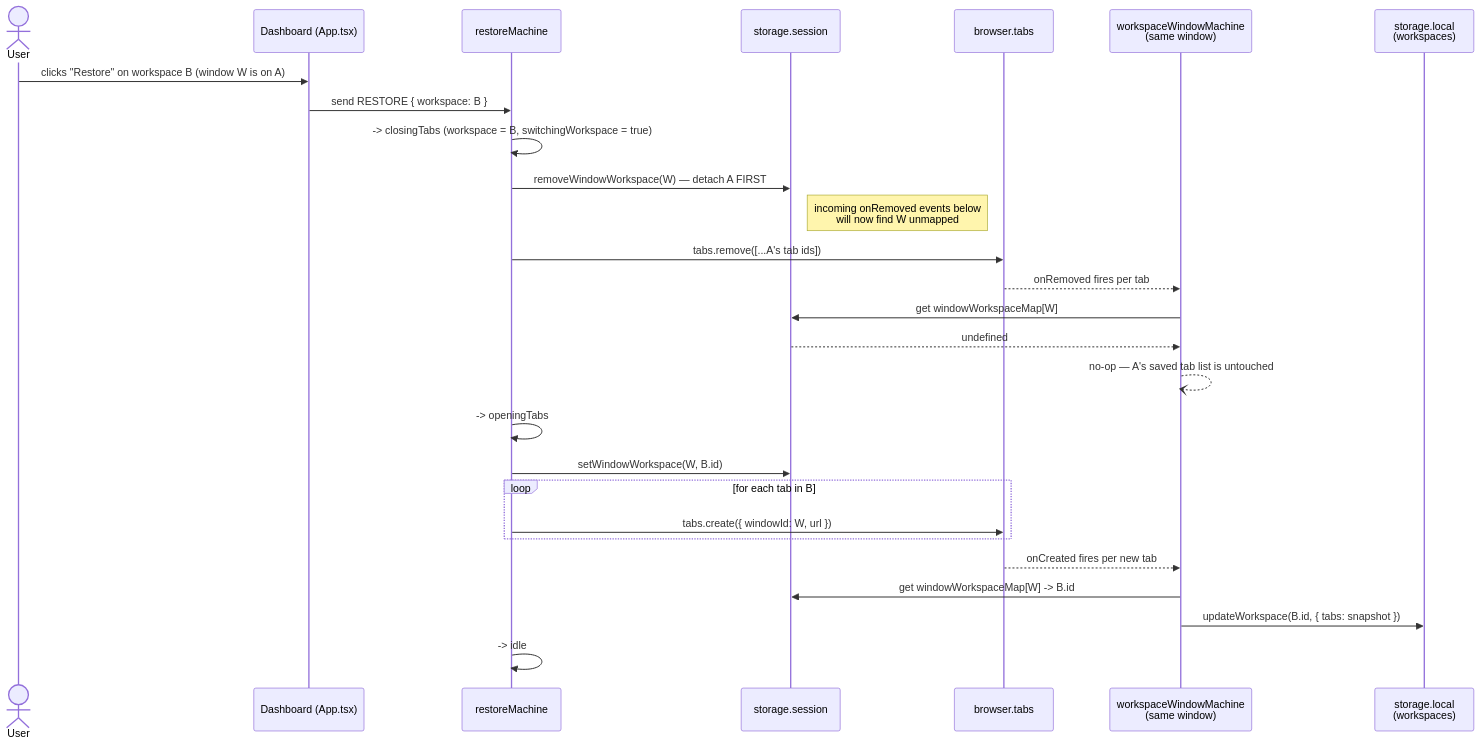
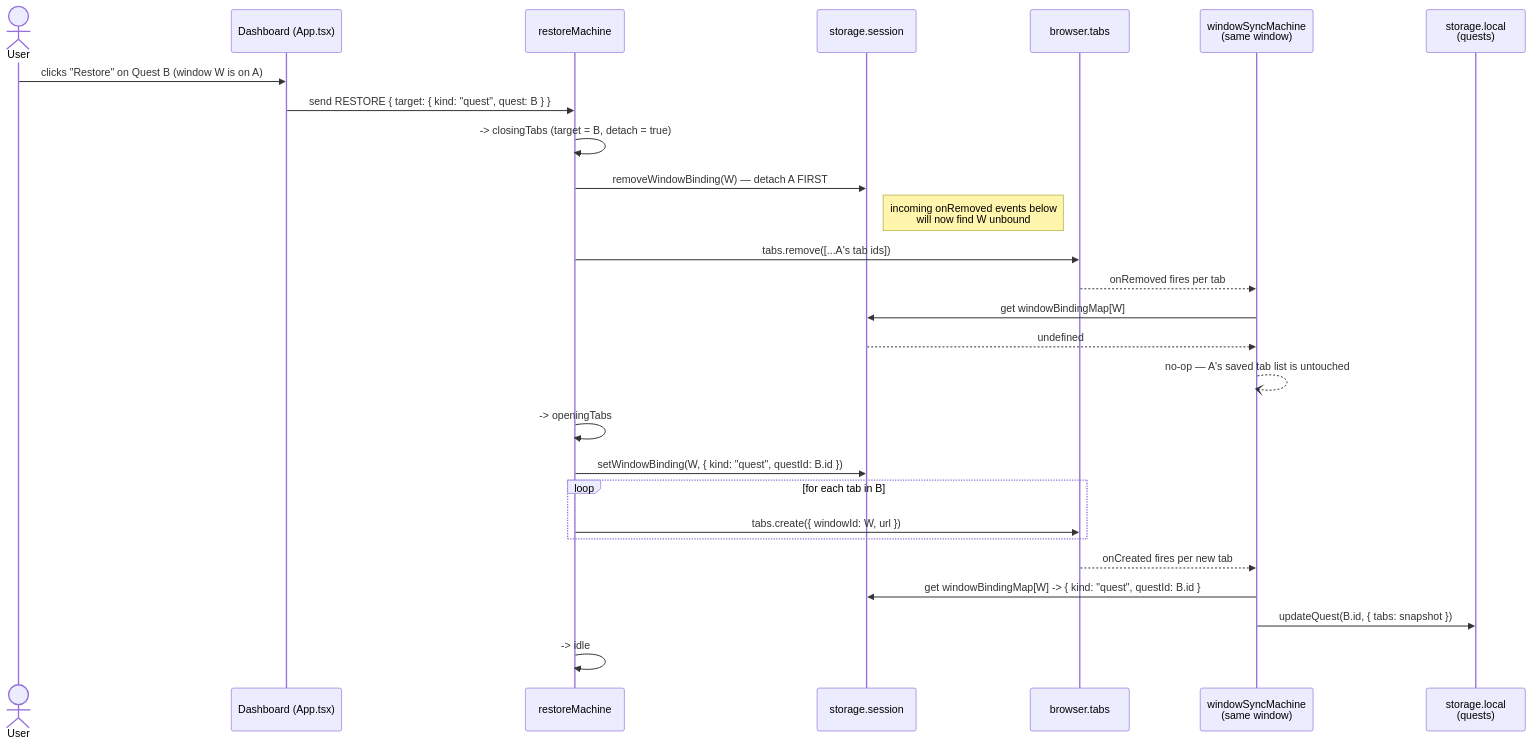
One commit to enyhma/cntxt changed diagram 11 of 11 in docs/workflows.md. Above: the diagram before and after it, drawn with Mermaid. The commit also changed other lines of this file and 9 other files, not shown here.

````diff
--- a/docs/workflows.md
+++ b/docs/workflows.md
@@ -247,30 +260,30 @@
 ```mermaid
 sequenceDiagram
     actor User
     participant Dashboard as Dashboard (App.tsx)
     participant Machine as restoreMachine
     participant Session as storage.session
     participant BrowserTabs as browser.tabs
-    participant WinActor as workspaceWindowMachine<br/>(same window)
-    participant Workspaces as storage.local<br/>(workspaces)
+    participant WinActor as windowSyncMachine<br/>(same window)
+    participant Quests as storage.local<br/>(quests)
 
-    User->>Dashboard: clicks "Restore" on workspace B (window W is on A)
-    Dashboard->>Machine: send RESTORE { workspace: B }
-    Machine->>Machine: -> closingTabs (workspace = B, switchingWorkspace = true)
-    Machine->>Session: removeWindowWorkspace(W) — detach A FIRST
-    Note right of Session: incoming onRemoved events below<br/>will now find W unmapped
+    User->>Dashboard: clicks "Restore" on Quest B (window W is on A)
+    Dashboard->>Machine: send RESTORE { target: { kind: "quest", quest: B } }
+    Machine->>Machine: -> closingTabs (target = B, detach = true)
+    Machine->>Session: removeWindowBinding(W) — detach A FIRST
+    Note right of Session: incoming onRemoved events below<br/>will now find W unbound
     Machine->>BrowserTabs: tabs.remove([...A's tab ids])
     BrowserTabs-->>WinActor: onRemoved fires per tab
-    WinActor->>Session: get windowWorkspaceMap[W]
+    WinActor->>Session: get windowBindingMap[W]
     Session-->>WinActor: undefined
     WinActor--)WinActor: no-op — A's saved tab list is untouched
     Machine->>Machine: -> openingTabs
-    Machine->>Session: setWindowWorkspace(W, B.id)
+    Machine->>Session: setWindowBinding(W, { kind: "quest", questId: B.id })
     loop for each tab in B
         Machine->>BrowserTabs: tabs.create({ windowId: W, url })
     end
     BrowserTabs-->>WinActor: onCreated fires per new tab
-    WinActor->>Session: get windowWorkspaceMap[W] -> B.id
-    WinActor->>Workspaces: updateWorkspace(B.id, { tabs: snapshot })
+    WinActor->>Session: get windowBindingMap[W] -> { kind: "quest", questId: B.id }
+    WinActor->>Quests: updateQuest(B.id, { tabs: snapshot })
     Machine->>Machine: -> idle
 ```
````
